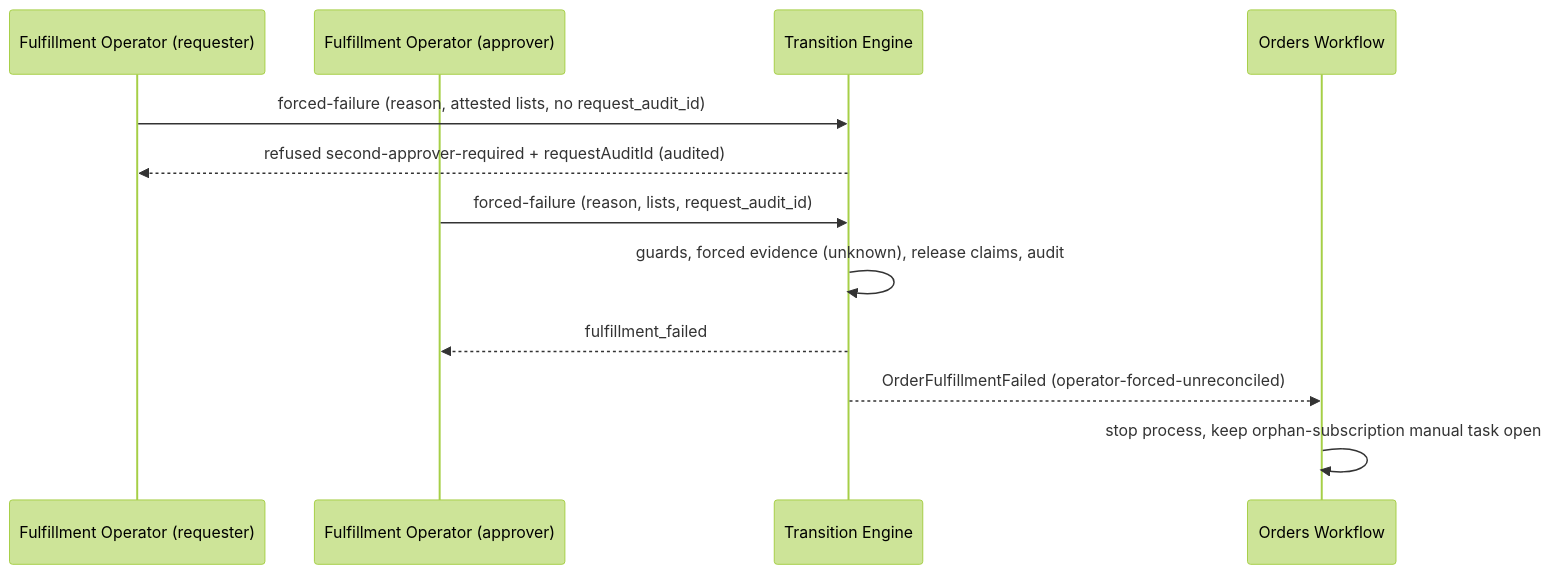
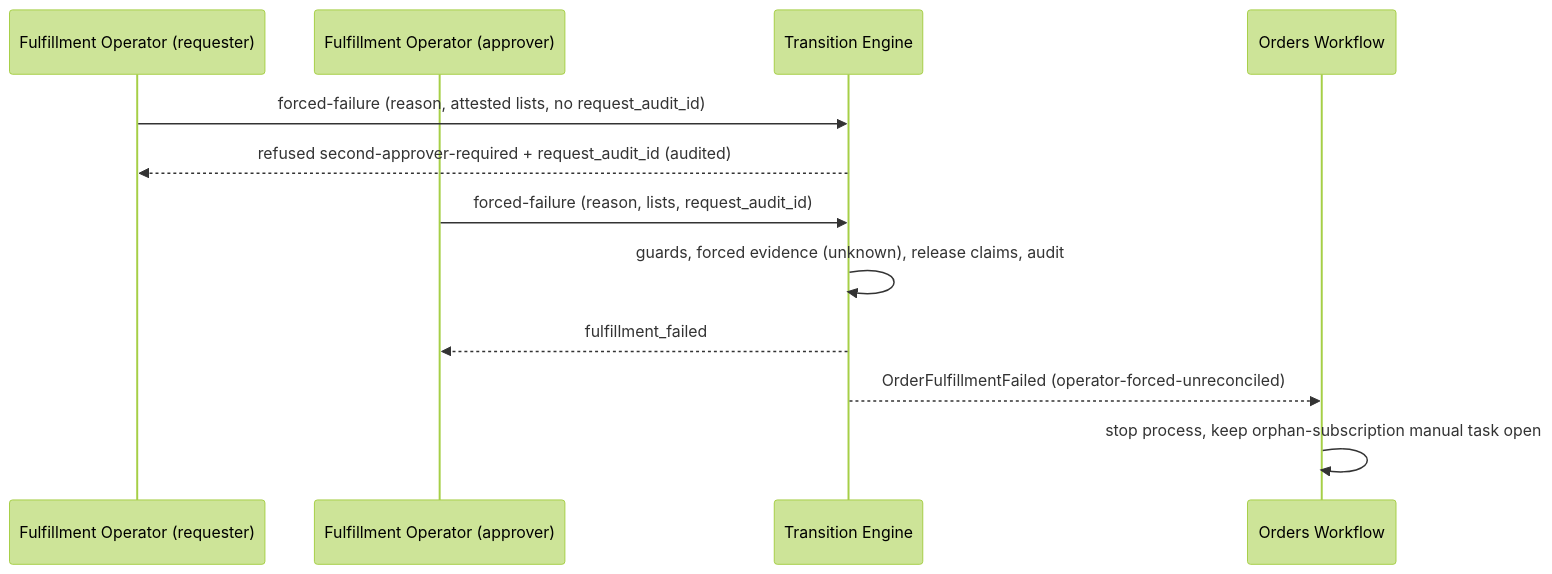
One commit to constructorfabric/gears-rust changed the second of 2 diagrams in gears/bss/orders-lifecycle/docs/features/07-hold-and-expiry.md. Above: the diagram before and after it, drawn with Mermaid (forest theme). The commit also changed other lines of this file and 295 other files, not shown here.

````diff
--- a/gears/bss/orders-lifecycle/docs/features/07-hold-and-expiry.md
+++ b/gears/bss/orders-lifecycle/docs/features/07-hold-and-expiry.md
@@ -388,14 +388,14 @@
 ```mermaid
 sequenceDiagram
     participant R as Fulfillment Operator (requester)
     participant A as Fulfillment Operator (approver)
     participant E as Transition Engine
     participant W as Orders Workflow
     R ->> E: forced-failure (reason, attested lists, no request_audit_id)
-    E -->> R: refused second-approver-required + requestAuditId (audited)
+    E -->> R: refused second-approver-required + request_audit_id (audited)
     A ->> E: forced-failure (reason, lists, request_audit_id)
     E ->> E: guards, forced evidence (unknown), release claims, audit
     E -->> A: fulfillment_failed
     E -->> W: OrderFulfillmentFailed (operator-forced-unreconciled)
     W ->> W: stop process, keep orphan-subscription manual task open
 ```
````
